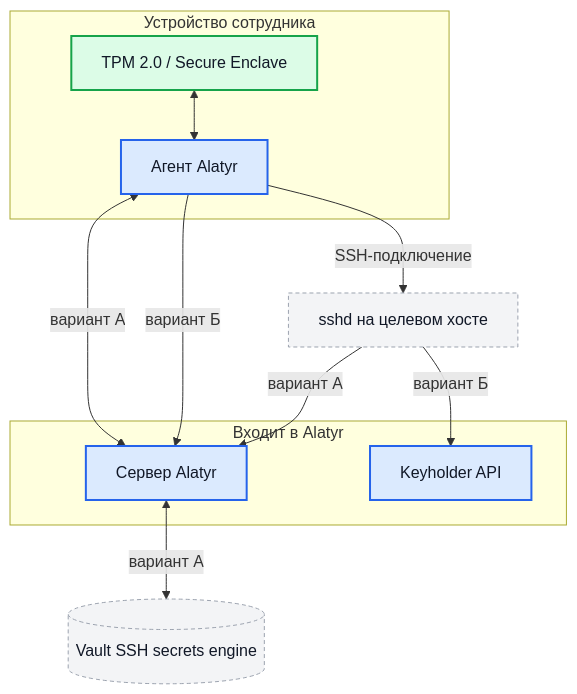
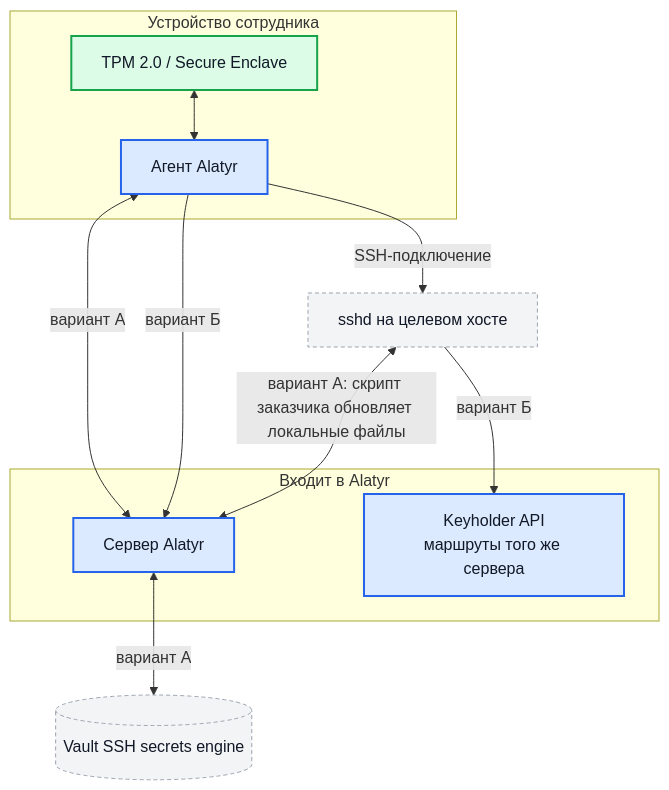
One commit to s3m4rgl/alatyr-docs changed the seventh of 9 diagrams in docs/use-cases.md. Above: the diagram before and after it, drawn with Mermaid. The commit also changed other lines of this file and 16 other files, not shown here.

````diff
--- a/docs/use-cases.md
+++ b/docs/use-cases.md
@@ -405,30 +413,30 @@
 ```mermaid
 flowchart TD
     subgraph DeviceBox["Устройство сотрудника"]
         HW["TPM 2.0 / Secure Enclave"]
         Agent["Агент Alatyr"]
     end
 
     subgraph AlatyrBox["Входит в Alatyr"]
         Server["Сервер Alatyr"]
-        KH["Keyholder API"]
+        KH["Keyholder API<br/>маршруты того же сервера"]
     end
 
     Vault[("Vault SSH secrets engine")]
     Sshd["sshd на целевом хосте"]
 
     HW <--> Agent
     Agent <--> |"вариант А"| Server
     Server <--> |"вариант А"| Vault
     Agent --> |"вариант Б"| Server
     Agent --> |"SSH-подключение"| Sshd
-    Sshd --> |"вариант А"| Server
+    Sshd <--> |"вариант А: скрипт заказчика обновляет локальные файлы"| Server
     Sshd --> |"вариант Б"| KH
 
     classDef alatyr fill:#dbeafe,stroke:#2563eb,stroke-width:2px,color:#111827
     classDef external fill:#f3f4f6,stroke:#9ca3af,stroke-width:1px,stroke-dasharray: 4 3,color:#111827
     classDef device fill:#dcfce7,stroke:#16a34a,stroke-width:2px,color:#111827
     class Agent,Server,KH alatyr
     class Vault,Sshd external
     class HW device
 ```
````
